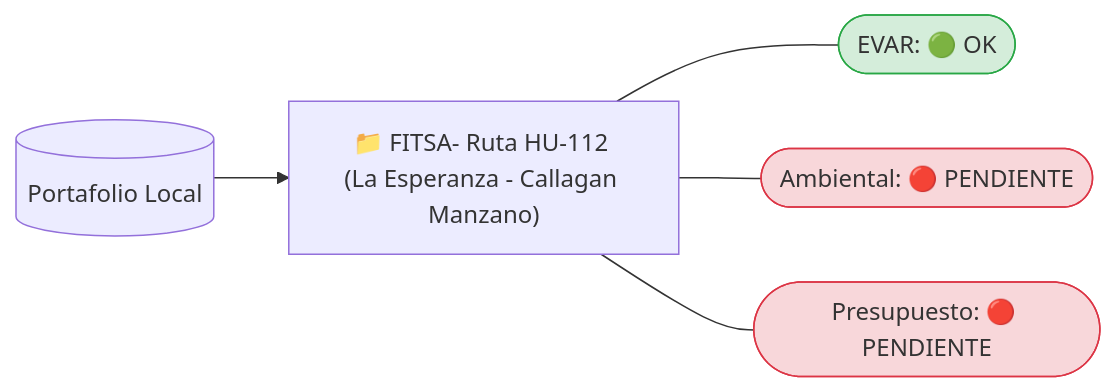
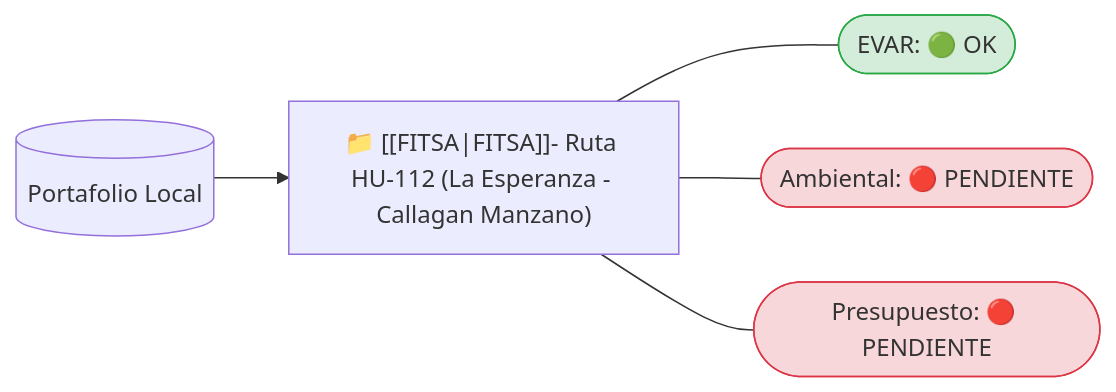
The diagram in 01_Proyectos/Dashboard_Proyectos_Activos.md (miguelordoneztoledo-stack/cerebro-tecnico), drawn with Mermaid before and after one commit. The commit also changed 558 other files, not shown here.

````diff
--- a/01_Proyectos/Dashboard_Proyectos_Activos.md
+++ b/01_Proyectos/Dashboard_Proyectos_Activos.md
@@ -18,11 +18,11 @@
 ```mermaid
 flowchart LR
     Portafolio[(Portafolio Local)]
-    Portafolio --> P0["📁 FITSA- Ruta HU-112 (La Esperanza - Callagan Manzano)"]
+    Portafolio --> P0["📁 [[FITSA|FITSA]]- Ruta HU-112 (La Esperanza - Callagan Manzano)"]
     P0 --- P0_EVAR([EVAR: 🟢 OK])
     P0 --- P0_AMB([Ambiental: 🔴 PENDIENTE])
     P0 --- P0_PRES([Presupuesto: 🔴 PENDIENTE])
     style P0_EVAR fill:#d4edda,stroke:#28a745
     style P0_AMB fill:#f8d7da,stroke:#dc3545
     style P0_PRES fill:#f8d7da,stroke:#dc3545
 ```
````
